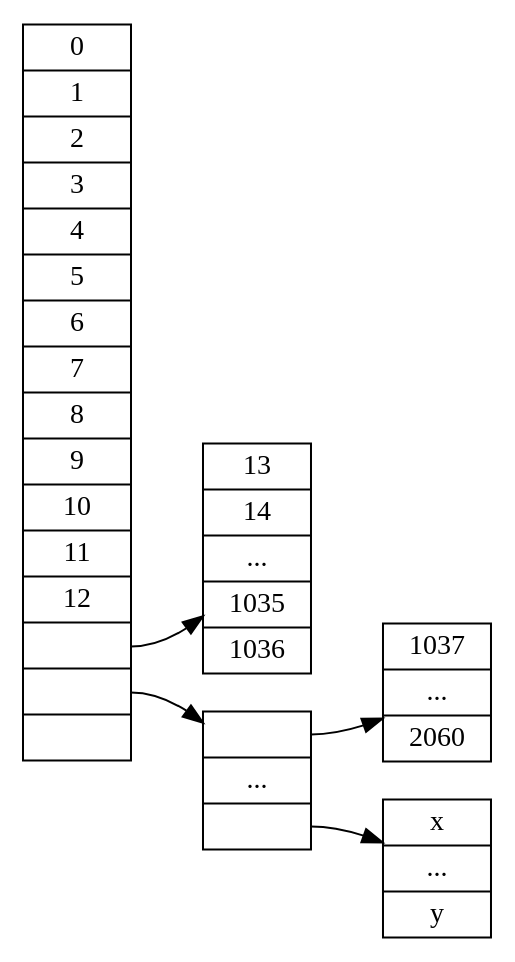
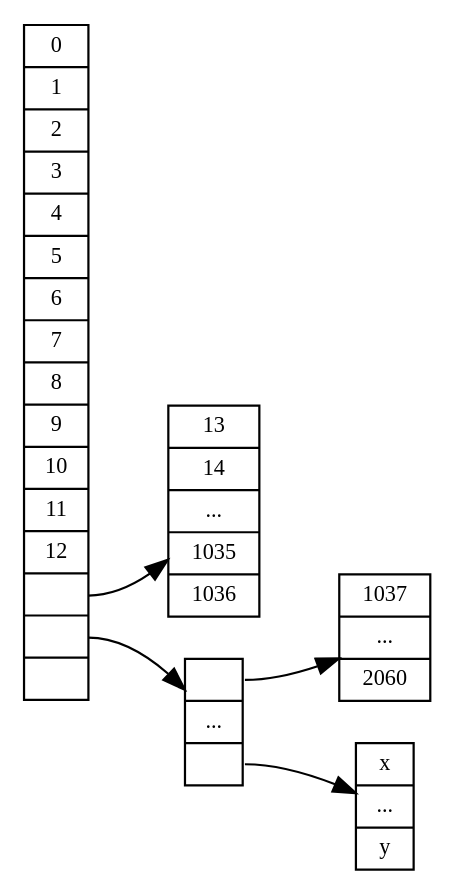
One commit to dezgeg/gradu changed the diagram in gfx/ext2-blocks.dot. Above: the diagram before and after it, drawn with Graphviz. The commit also changed 3 other files, not shown here.

```diff
--- a/gfx/ext2-blocks.dot
+++ b/gfx/ext2-blocks.dot
@@ -1,15 +1,18 @@
 digraph ext2 {
     //splines = false;
     rankdir = LR;
     //nodesep = 0;
     //ranksep = 0.5;
+    node[fontsize = 10,width=0.3];
+    size = "4.0,6.0!";
+
     inode [shape=record,label="0|1|2|3|4|5|6|7|8|9|10|11|12|<idp1>|<idp2>|<idp3>"];
     idb1 [shape=record,label="13|14|...|1035|1036"];
     idb2 [shape=record,label="<idp2_0>|...|<idp2_1023>"];
     idb2_0 [shape=record,label="1037|...|2060"];
     idb2_1023 [shape=record,label="x|...|y"];
     inode:idp1 -> idb1;
     inode:idp2 -> idb2;
     idb2:idp2_0 -> idb2_0;
     idb2:idp2_1023 -> idb2_1023;
 }
```
